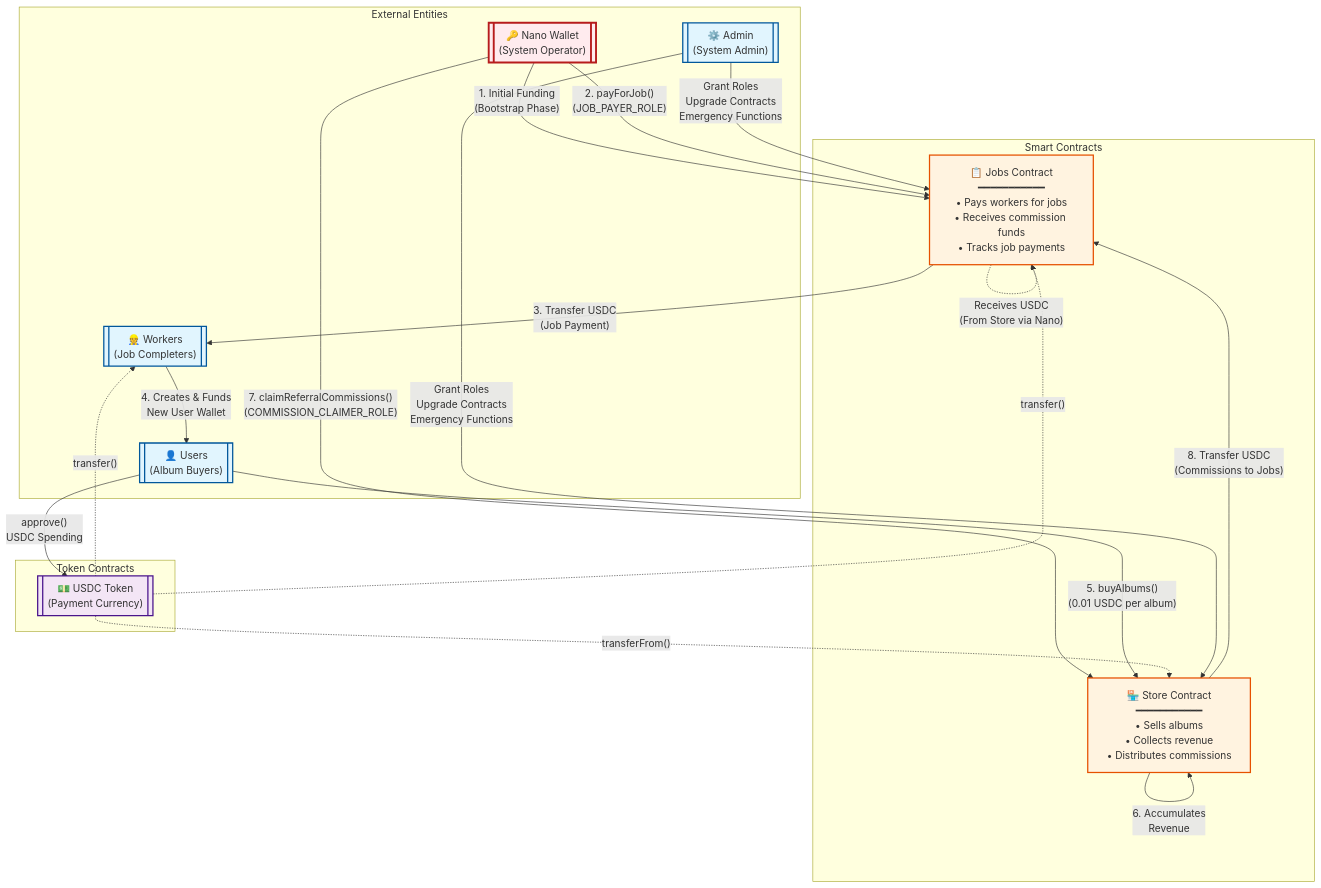
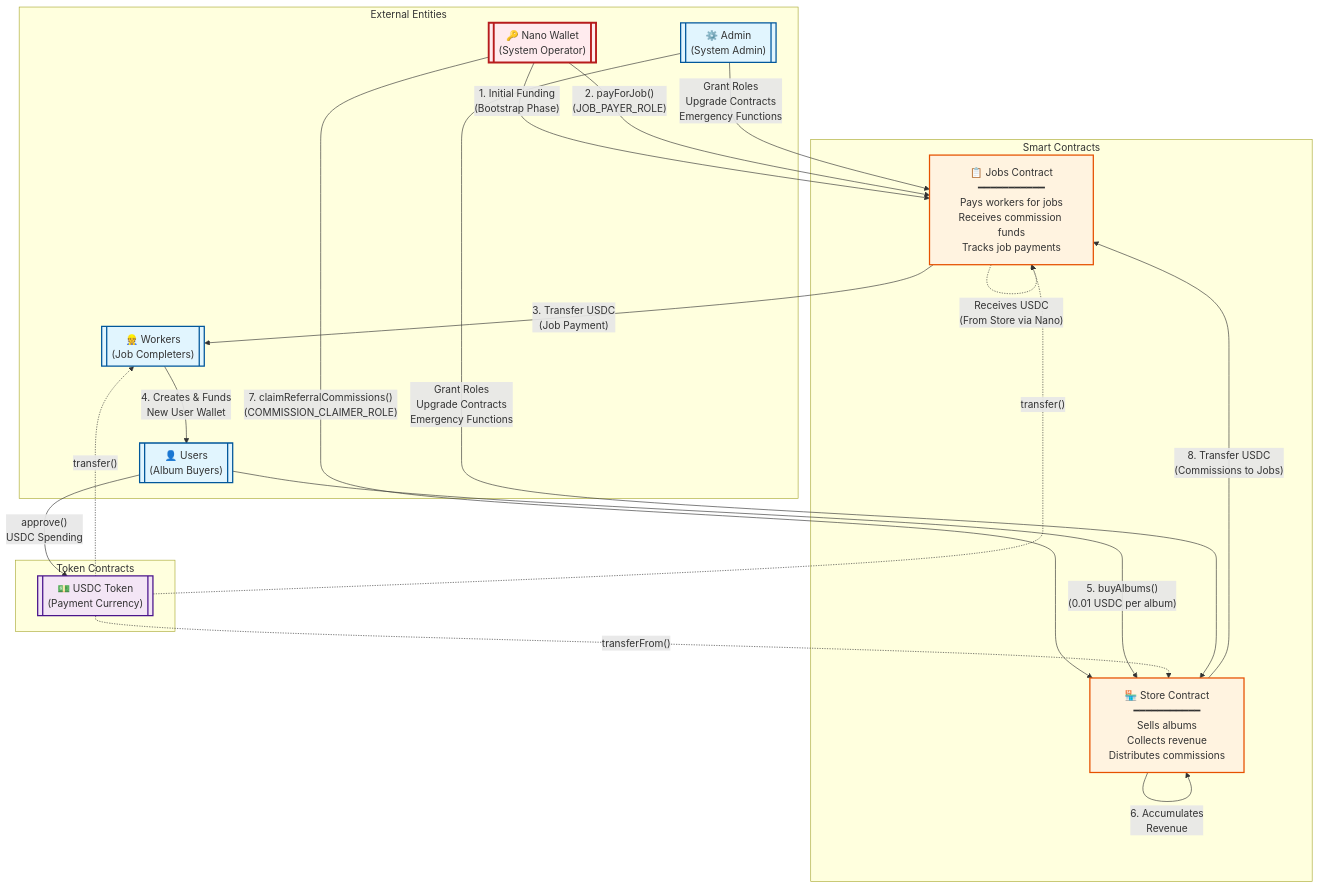
One commit to rowhq/hitmachine changed the diagram in SYSTEM_ARCHITECTURE.md. Above: the diagram before and after it, drawn with Mermaid.

Commit message:
fix: Remove bullet points from Mermaid diagram nodes to resolve GitHub rendering error
GitHub's Mermaid parser doesn't support markdown lists or bullet points inside diagram nodes.
Removed • characters from Jobs and Store contract descriptions in the diagram.

````diff
--- a/SYSTEM_ARCHITECTURE.md
+++ b/SYSTEM_ARCHITECTURE.md
@@ -5,59 +5,59 @@
 ```mermaid
 graph TB
     subgraph "External Entities"
         NANO[["🔑 Nano Wallet<br/>(System Operator)"]]
         WORKER[["👷 Workers<br/>(Job Completers)"]]
         USER[["👤 Users<br/>(Album Buyers)"]]
         ADMIN[["⚙️ Admin<br/>(System Admin)"]]
     end
     
     subgraph "Smart Contracts"
-        JOBS["📋 Jobs Contract<br/>━━━━━━━━━━━<br/>• Pays workers for jobs<br/>• Receives commission funds<br/>• Tracks job payments"]
+        JOBS["📋 Jobs Contract<br/>━━━━━━━━━━━<br/>Pays workers for jobs<br/>Receives commission funds<br/>Tracks job payments"]
         
-        STORE["🏪 Store Contract<br/>━━━━━━━━━━━<br/>• Sells albums<br/>• Collects revenue<br/>• Distributes commissions"]
+        STORE["🏪 Store Contract<br/>━━━━━━━━━━━<br/>Sells albums<br/>Collects revenue<br/>Distributes commissions"]
     end
     
     subgraph "Token Contracts"
         USDC[["💵 USDC Token<br/>(Payment Currency)"]]
     end
 
     %% Nano Wallet Interactions
     NANO -->|"1. Initial Funding<br/>(Bootstrap Phase)"| JOBS
     NANO -->|"2. payForJob()<br/>(JOB_PAYER_ROLE)"| JOBS
     NANO -->|"7. claimReferralCommissions()<br/>(COMMISSION_CLAIMER_ROLE)"| STORE
     
     %% Jobs Contract Interactions
     JOBS -->|"3. Transfer USDC<br/>(Job Payment)"| WORKER
     JOBS -.->|"Receives USDC<br/>(From Store via Nano)"| JOBS
     
     %% Worker Interactions
     WORKER -->|"4. Creates & Funds<br/>New User Wallet"| USER
     
     %% User Interactions
     USER -->|"5. buyAlbums()<br/>(0.01 USDC per album)"| STORE
     USER -->|"approve()<br/>USDC Spending"| USDC
     
     %% Store Contract Interactions
     STORE -->|"6. Accumulates<br/>Revenue"| STORE
     STORE -->|"8. Transfer USDC<br/>(Commissions to Jobs)"| JOBS
     
     %% USDC Token Interactions
     USDC -.->|"transferFrom()"| STORE
     USDC -.->|"transfer()"| WORKER
     USDC -.->|"transfer()"| JOBS
     
     %% Admin Interactions
     ADMIN -->|"Grant Roles<br/>Upgrade Contracts<br/>Emergency Functions"| JOBS
     ADMIN -->|"Grant Roles<br/>Upgrade Contracts<br/>Emergency Functions"| STORE
 
     %% Styling
     classDef entity fill:#e1f5fe,stroke:#01579b,stroke-width:2px
     classDef contract fill:#fff3e0,stroke:#e65100,stroke-width:2px
     classDef token fill:#f3e5f5,stroke:#4a148c,stroke-width:2px
     classDef nano fill:#ffebee,stroke:#b71c1c,stroke-width:3px
     
     class NANO nano
     class WORKER,USER,ADMIN entity
     class JOBS,STORE contract
     class USDC token
 ```
````
